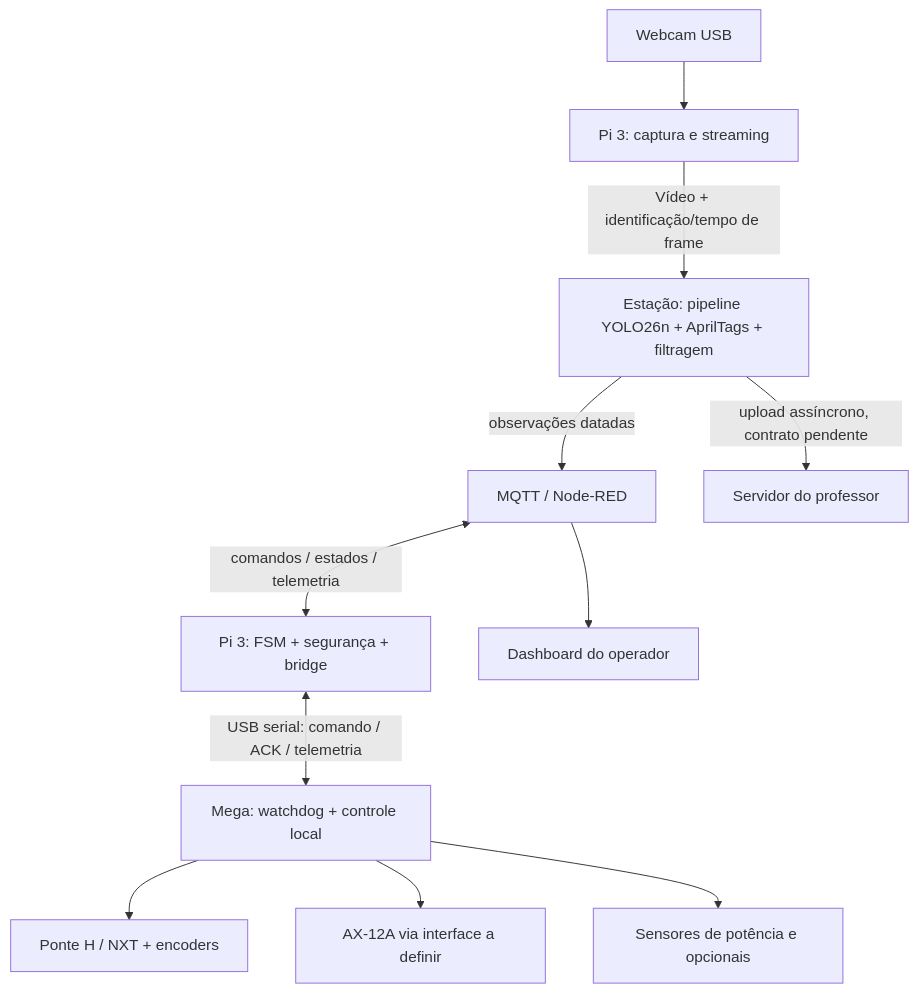
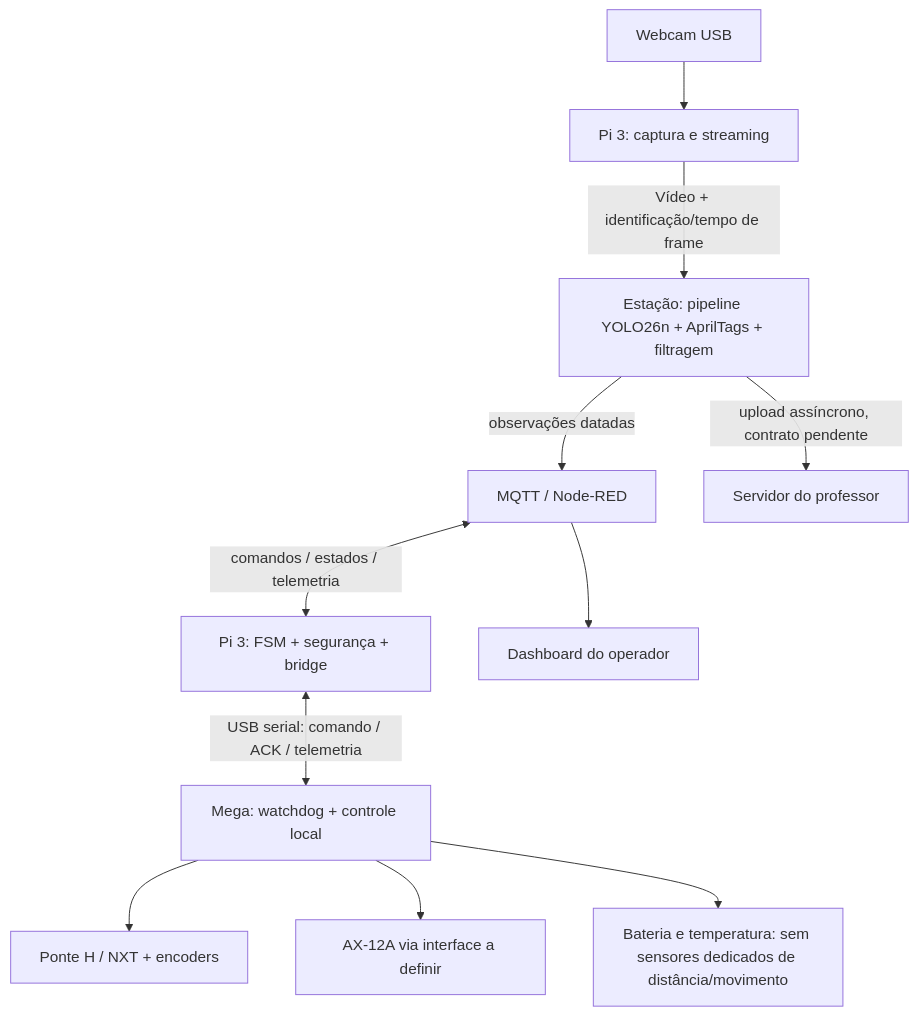
Before and after one commit to DaniloCB06/RoboticRover: the first of 2 diagrams in ROADMAP_CODIGO_ROBOTICROVER_2026-11-16.md, drawn with Mermaid. The commit also changed other lines of this file and 17 other files, not shown here.

````diff
--- a/ROADMAP_CODIGO_ROBOTICROVER_2026-11-16.md
+++ b/ROADMAP_CODIGO_ROBOTICROVER_2026-11-16.md
@@ -55,13 +75,13 @@
 ```mermaid
 flowchart TB
   CAM[Webcam USB] --> PI[Pi 3: captura e streaming]
   PI -->|Vídeo + identificação/tempo de frame| V[Estação: pipeline YOLO26n + AprilTags + filtragem]
   V -->|observações datadas| B[MQTT / Node-RED]
   B <-->|comandos / estados / telemetria| F[Pi 3: FSM + segurança + bridge]
   F <-->|USB serial: comando / ACK / telemetria| MEGA[Mega: watchdog + controle local]
   MEGA --> DRV[Ponte H / NXT + encoders]
   MEGA --> SERVO[AX-12A via interface a definir]
-  MEGA --> SENS[Sensores de potência e opcionais]
+  MEGA --> SENS[Bateria e temperatura: sem sensores dedicados de distância/movimento]
   B --> DASH[Dashboard do operador]
   V -->|upload assíncrono, contrato pendente| PROF[Servidor do professor]
 ```
````
